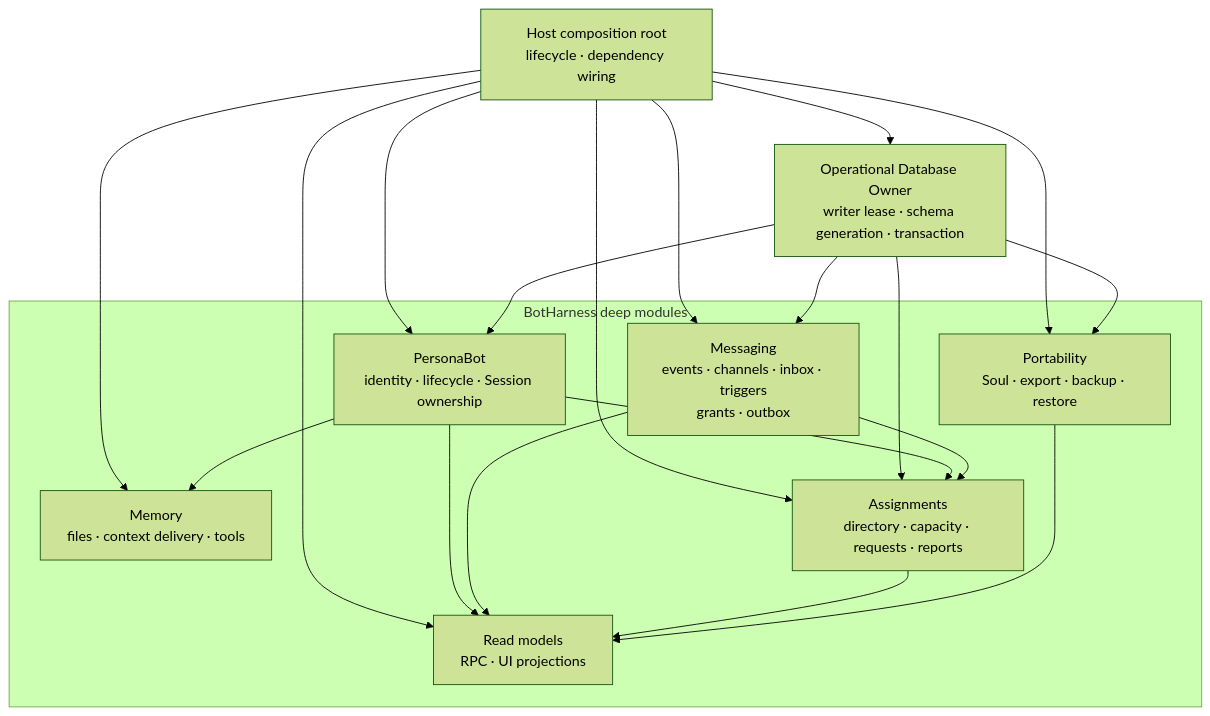
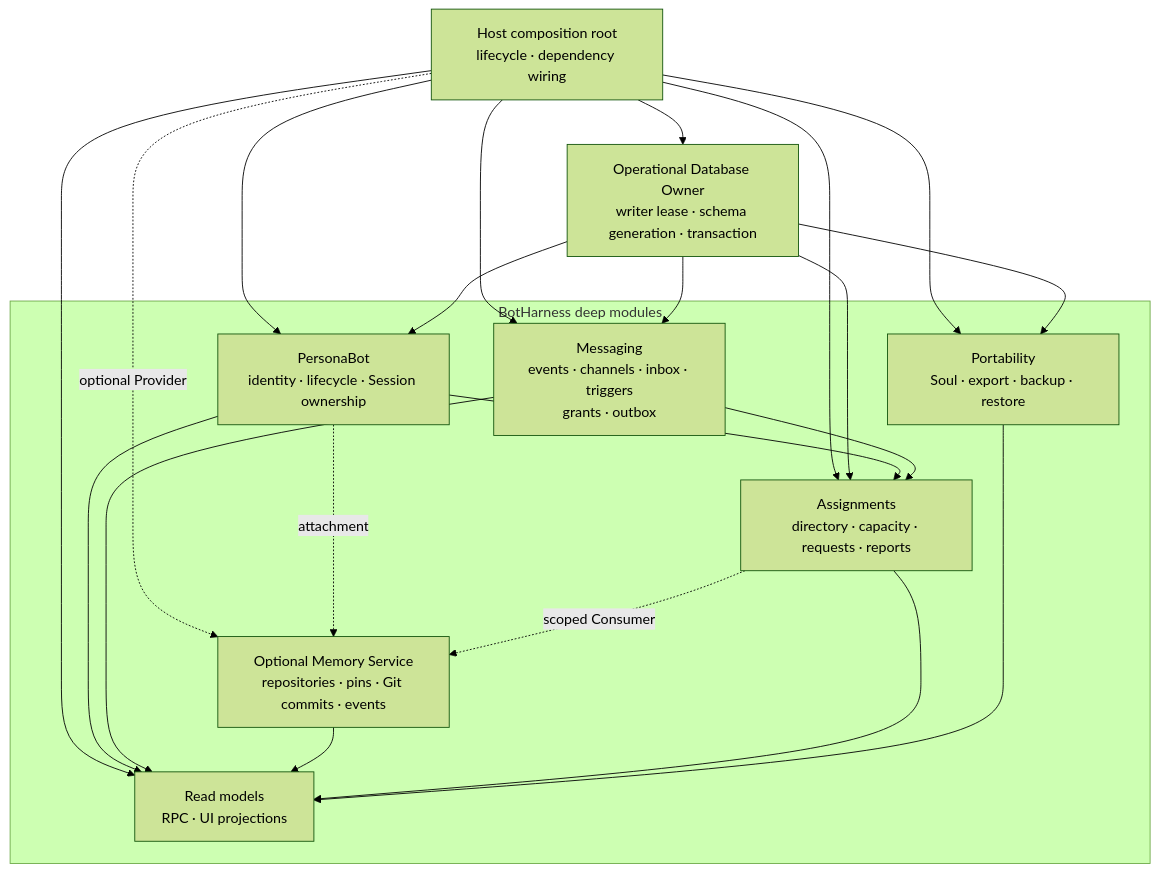
Before and after one commit to BotHarness/BotHarness: the second of 6 diagrams in docs/architecture/botharness-architecture.en.md, drawn with Mermaid (forest theme). The commit also changed other lines of this file and 33 other files, not shown here.

````diff
--- a/docs/architecture/botharness-architecture.en.md
+++ b/docs/architecture/botharness-architecture.en.md
@@ -62,33 +66,35 @@
 ```mermaid
 flowchart TB
   Root["Host composition root<br/>lifecycle · dependency wiring"]
   DB["Operational Database Owner<br/>writer lease · schema generation · transaction"]
 
   subgraph Modules["BotHarness deep modules"]
     Bots["PersonaBot<br/>identity · lifecycle · Session ownership"]
-    Memory["Memory<br/>files · context delivery · tools"]
+    Memory["Optional Memory Service<br/>repositories · pins · Git commits · events"]
     Msg["Messaging<br/>events · channels · inbox · triggers<br/>grants · outbox"]
     Assignments["Assignments<br/>directory · capacity · requests · reports"]
     Portable["Portability<br/>Soul · export · backup · restore"]
     Views["Read models<br/>RPC · UI projections"]
   end
 
   Root --> DB
   Root --> Bots
-  Root --> Memory
+  Root -. optional Provider .-> Memory
   Root --> Msg
   Root --> Assignments
   Root --> Portable
   Root --> Views
   DB --> Bots
   DB --> Msg
   DB --> Assignments
   DB --> Portable
-  Bots --> Memory
+  Bots -. attachment .-> Memory
   Bots --> Assignments
   Msg --> Assignments
   Bots --> Views
   Msg --> Views
+  Assignments -. scoped Consumer .-> Memory
+  Memory --> Views
   Assignments --> Views
   Portable --> Views
 ```
````
